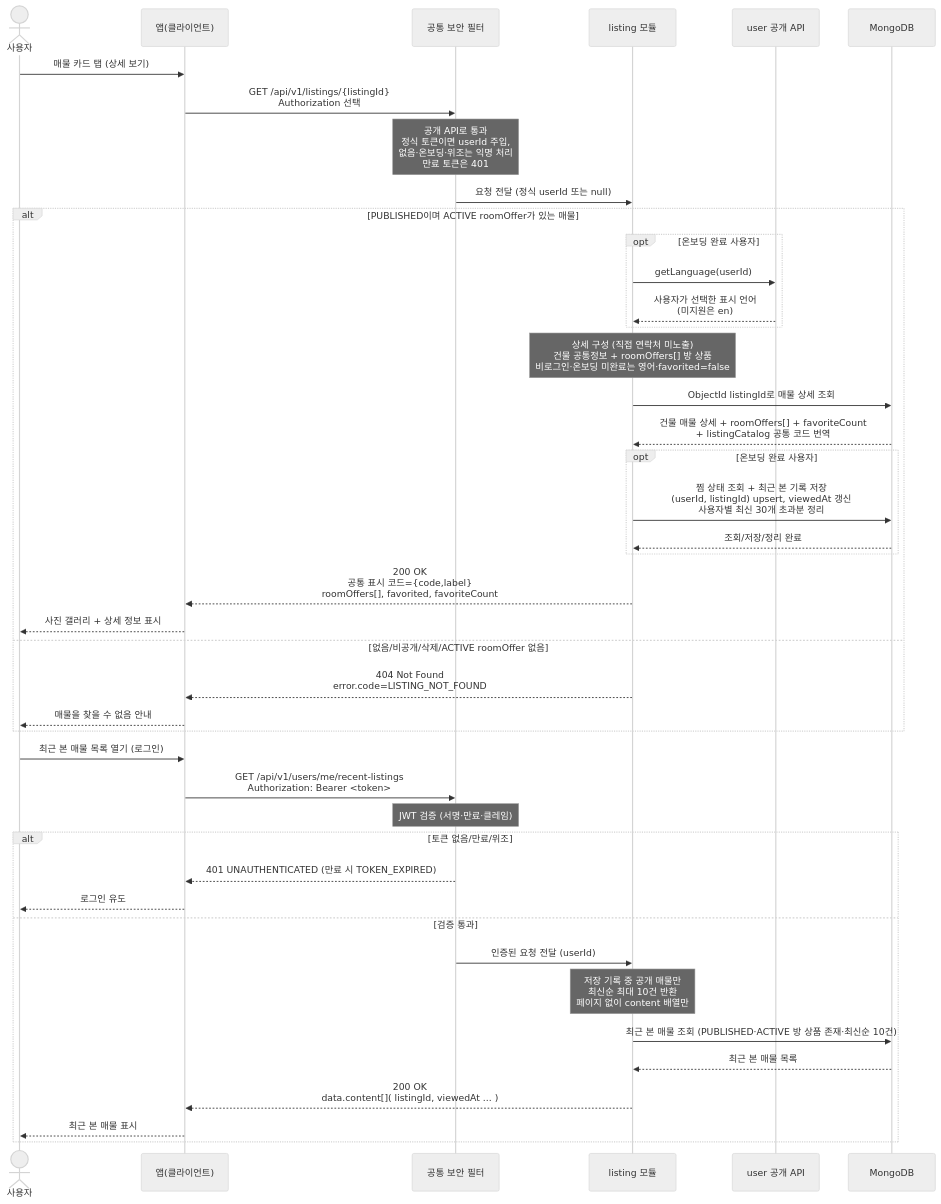
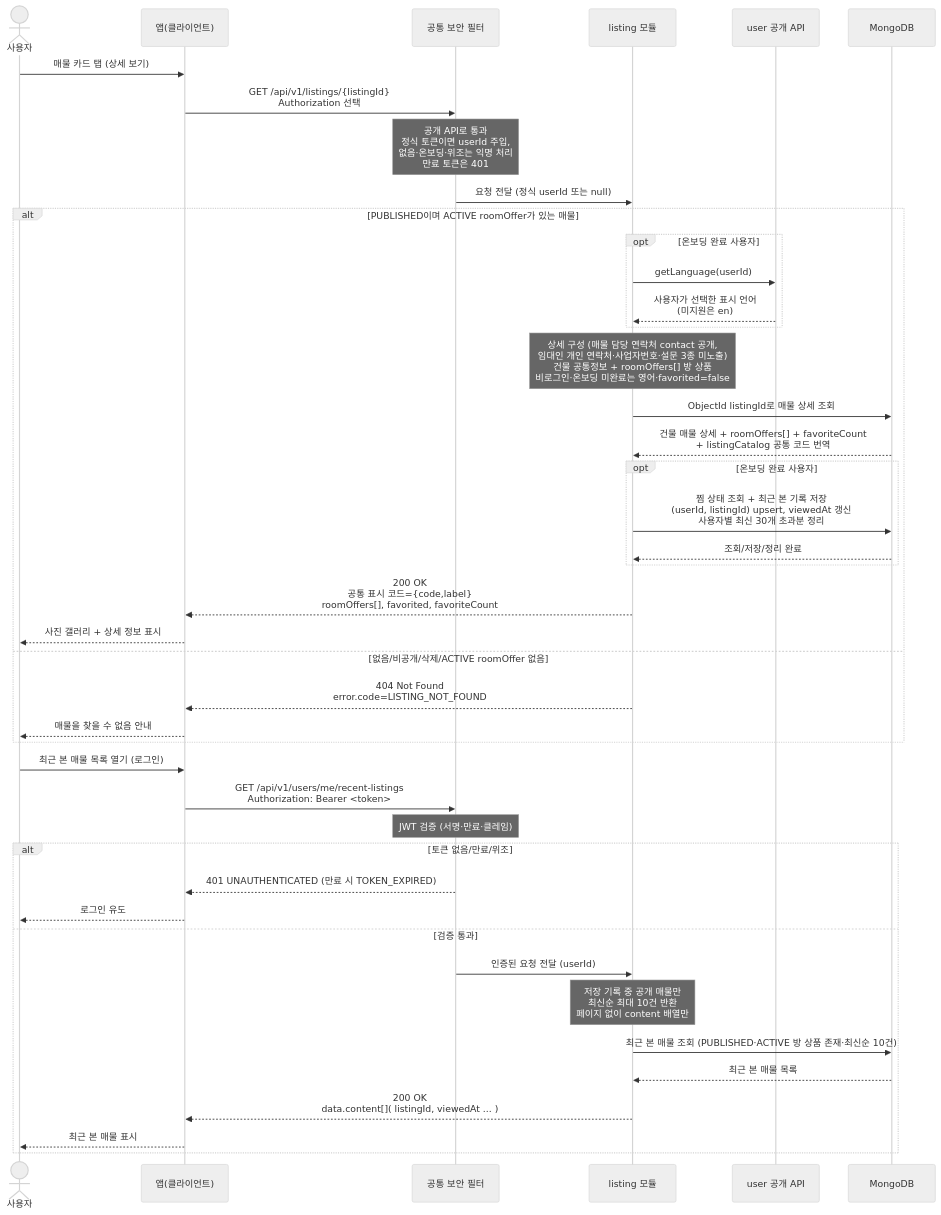
The diagram in docs/architecture/sequence-diagrams/03-listings-favorites/us-3-4-listing-detail-recent-viewed.md (jameskim9509/Kohere-backend), drawn with Mermaid (neutral theme) before and after one commit. The commit also changed other lines of this file and 34 other files, not shown here.

````diff
--- a/docs/architecture/sequence-diagrams/03-listings-favorites/us-3-4-listing-detail-recent-viewed.md
+++ b/docs/architecture/sequence-diagrams/03-listings-favorites/us-3-4-listing-detail-recent-viewed.md
@@ -5,46 +5,46 @@
 ```mermaid
 sequenceDiagram
     actor U as 사용자
     participant C as 앱(클라이언트)
     participant SEC as 공통 보안 필터
     participant LIST as listing 모듈
     participant USER as user 공개 API
     participant DB as MongoDB
 
     U->>C: 매물 카드 탭 (상세 보기)
     C->>SEC: GET /api/v1/listings/{listingId}<br/>Authorization 선택
     Note over SEC: 공개 API로 통과<br/>정식 토큰이면 userId 주입,<br/>없음·온보딩·위조는 익명 처리<br/>만료 토큰은 401
     SEC->>LIST: 요청 전달 (정식 userId 또는 null)
     alt PUBLISHED이며 ACTIVE roomOffer가 있는 매물
         opt 온보딩 완료 사용자
             LIST->>USER: getLanguage(userId)
             USER-->>LIST: 사용자가 선택한 표시 언어<br/>(미지원은 en)
         end
-        Note over LIST: 상세 구성 (직접 연락처 미노출)<br/>건물 공통정보 + roomOffers[] 방 상품<br/>비로그인·온보딩 미완료는 영어·favorited=false
+        Note over LIST: 상세 구성 (매물 담당 연락처 contact 공개,<br/>임대인 개인 연락처·사업자번호·설문 3종 미노출)<br/>건물 공통정보 + roomOffers[] 방 상품<br/>비로그인·온보딩 미완료는 영어·favorited=false
         LIST->>DB: ObjectId listingId로 매물 상세 조회
         DB-->>LIST: 건물 매물 상세 + roomOffers[] + favoriteCount<br/>+ listingCatalog 공통 코드 번역
         opt 온보딩 완료 사용자
             LIST->>DB: 찜 상태 조회 + 최근 본 기록 저장<br/>(userId, listingId) upsert, viewedAt 갱신<br/>사용자별 최신 30개 초과분 정리
             DB-->>LIST: 조회/저장/정리 완료
         end
         LIST-->>C: 200 OK<br/>공통 표시 코드={code,label}<br/>roomOffers[], favorited, favoriteCount
         C-->>U: 사진 갤러리 + 상세 정보 표시
     else 없음/비공개/삭제/ACTIVE roomOffer 없음
         LIST-->>C: 404 Not Found<br/>error.code=LISTING_NOT_FOUND
         C-->>U: 매물을 찾을 수 없음 안내
     end
     U->>C: 최근 본 매물 목록 열기 (로그인)
     C->>SEC: GET /api/v1/users/me/recent-listings<br/>Authorization: Bearer <token>
     Note over SEC: JWT 검증 (서명·만료·클레임)
     alt 토큰 없음/만료/위조
         SEC-->>C: 401 UNAUTHENTICATED (만료 시 TOKEN_EXPIRED)
         C-->>U: 로그인 유도
     else 검증 통과
         SEC->>LIST: 인증된 요청 전달 (userId)
         Note over LIST: 저장 기록 중 공개 매물만<br/>최신순 최대 10건 반환<br/>페이지 없이 content 배열만
         LIST->>DB: 최근 본 매물 조회 (PUBLISHED·ACTIVE 방 상품 존재·최신순 10건)
         DB-->>LIST: 최근 본 매물 목록
         LIST-->>C: 200 OK<br/>data.content[]( listingId, viewedAt ... )
         C-->>U: 최근 본 매물 표시
     end
 ```
````
